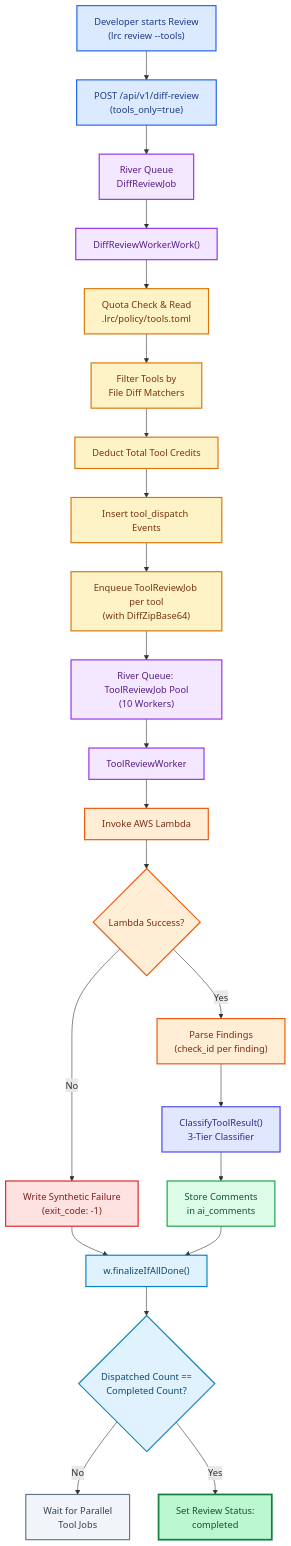
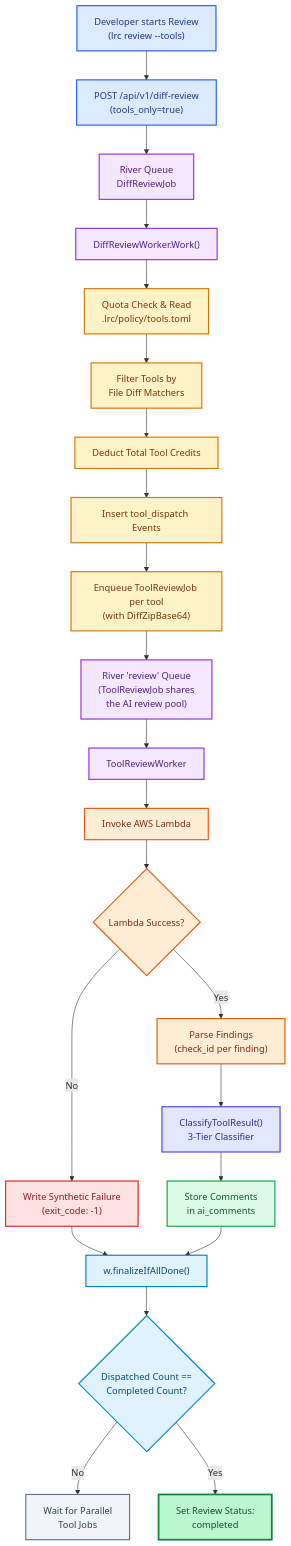
Before and after one commit to HexmosTech/LiveReview: the first of 3 diagrams in docs/tools/tools-integration-beta.md, drawn with Mermaid. The commit also changed other lines of this file and 1 other file, not shown here.

First line of the commit message:
Document Tool Integration Beta Architecture

````diff
--- a/docs/tools/tools-integration-beta.md
+++ b/docs/tools/tools-integration-beta.md
@@ -30,63 +33,63 @@
 ```mermaid
 flowchart TD
     A["Developer starts Review<br/>(lrc review --tools)"] --> B["POST /api/v1/diff-review<br/>(tools_only=true)"]
     B --> C["River Queue<br/>DiffReviewJob"]
     C --> D["DiffReviewWorker.Work()"]
     
     D --> E["Quota Check & Read<br/>.lrc/policy/tools.toml"]
     E --> F["Filter Tools by<br/>File Diff Matchers"]
     F --> G["Deduct Total Tool Credits"]
     G --> H["Insert tool_dispatch Events"]
     H --> I["Enqueue ToolReviewJob per tool<br/>(with DiffZipBase64)"]
 
-    I --> J["River Queue: ToolReviewJob Pool<br/>(10 Workers)"]
+    I --> J["River 'review' Queue<br/>(ToolReviewJob shares<br/>the AI review pool)"]
     J --> K["ToolReviewWorker"]
     K --> L["Invoke AWS Lambda"]
 
     L --> M{"Lambda Success?"}
     M -->|No| N["Write Synthetic Failure<br/>(exit_code: -1)"]
     M -->|Yes| O["Parse Findings<br/>(check_id per finding)"]
 
     O --> P["ClassifyToolResult()<br/>3-Tier Classifier"]
     P --> Q["Store Comments<br/>in ai_comments"]
 
     N --> T["w.finalizeIfAllDone()"]
     Q --> T
 
     T --> U{"Dispatched Count ==<br/>Completed Count?"}
     U -->|No| V["Wait for Parallel<br/>Tool Jobs"]
     U -->|Yes| W["Set Review Status:<br/>completed"]
 
     %% Developer / API
     style A fill:#dbeafe,stroke:#2563eb,stroke-width:2px,color:#1e3a8a
     style B fill:#dbeafe,stroke:#2563eb,stroke-width:2px,color:#1e3a8a
 
     %% Queue / Worker
     style C fill:#f3e8ff,stroke:#9333ea,stroke-width:2px,color:#581c87
     style D fill:#f3e8ff,stroke:#9333ea,stroke-width:2px,color:#581c87
     style J fill:#f3e8ff,stroke:#9333ea,stroke-width:2px,color:#581c87
     style K fill:#f3e8ff,stroke:#9333ea,stroke-width:2px,color:#581c87
 
     %% Configuration / Credit
     style E fill:#fef3c7,stroke:#d97706,stroke-width:2px,color:#78350f
     style F fill:#fef3c7,stroke:#d97706,stroke-width:2px,color:#78350f
     style G fill:#fef3c7,stroke:#d97706,stroke-width:2px,color:#78350f
     style H fill:#fef3c7,stroke:#d97706,stroke-width:2px,color:#78350f
     style I fill:#fef3c7,stroke:#d97706,stroke-width:2px,color:#78350f
 
     %% AWS
     style L fill:#ffedd5,stroke:#ea580c,stroke-width:2px,color:#7c2d12
     style M fill:#ffedd5,stroke:#ea580c,stroke-width:2px,color:#7c2d12
     style N fill:#fee2e2,stroke:#dc2626,stroke-width:2px,color:#7f1d1d
     style O fill:#ffedd5,stroke:#ea580c,stroke-width:2px,color:#7c2d12
 
     %% Classification
     style P fill:#e0e7ff,stroke:#4f46e5,stroke-width:2px,color:#312e81
     style Q fill:#dcfce7,stroke:#16a34a,stroke-width:2px,color:#14532d
 
     %% Finalization
     style T fill:#e0f2fe,stroke:#0284c7,stroke-width:2px,color:#0c4a6e
     style U fill:#e0f2fe,stroke:#0284c7,stroke-width:2px,color:#0c4a6e
     style V fill:#f1f5f9,stroke:#64748b,stroke-width:2px,color:#334155
     style W fill:#bbf7d0,stroke:#15803d,stroke-width:3px,color:#14532d
 ```
````
